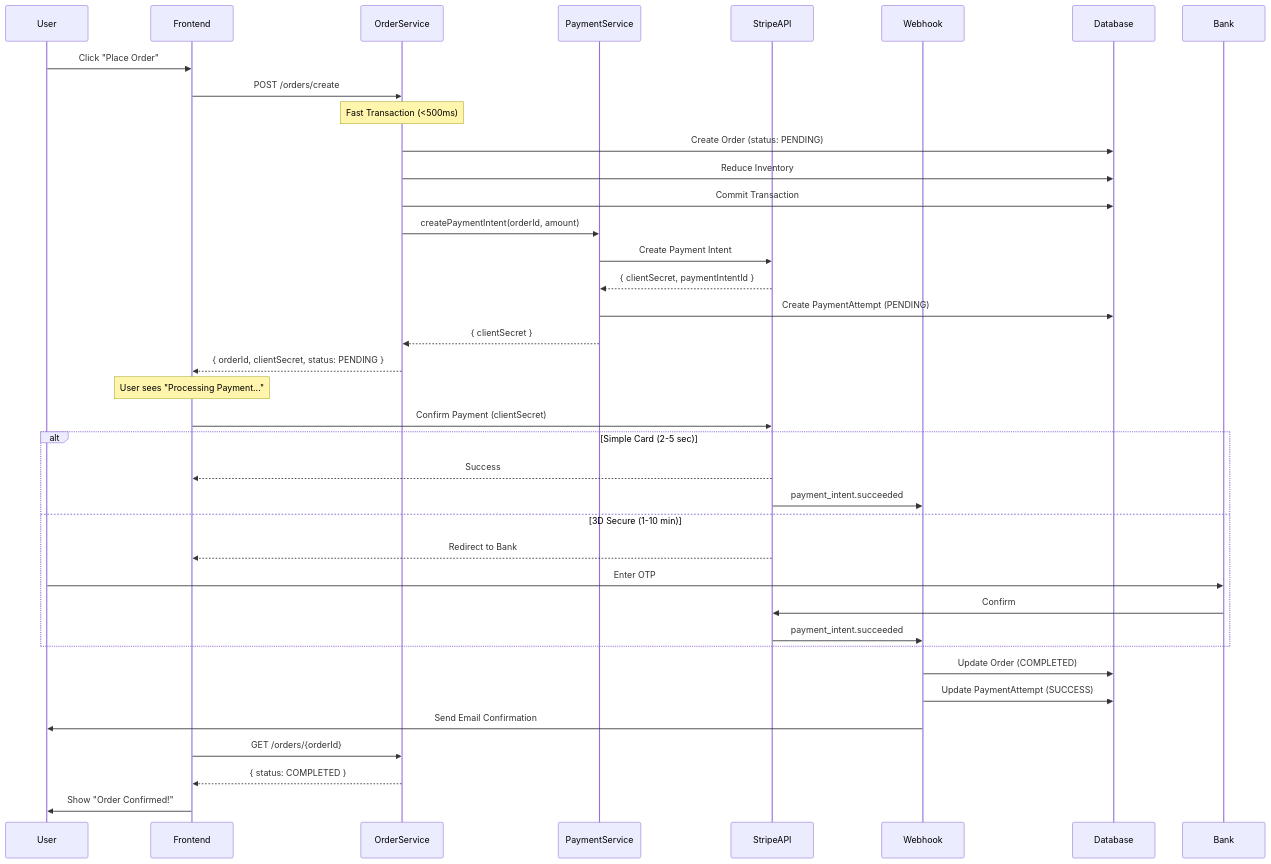
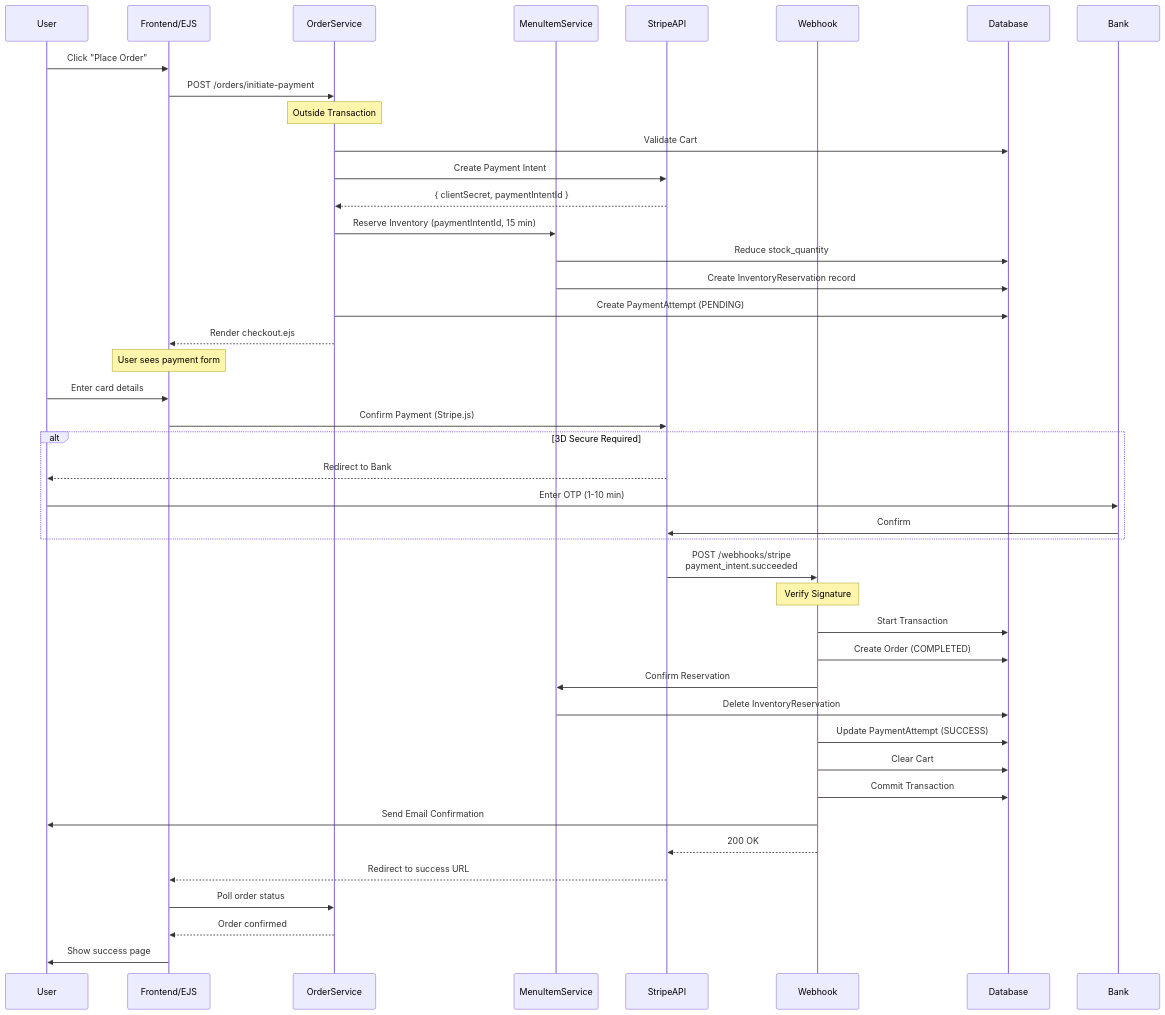
The second of 2 diagrams in docs/payment_gateway_design.md (RedaAwwad/Food-Delivery), drawn with Mermaid before and after one commit. The commit also changed other lines of this file, not shown here.

Commit message:
fix payment gateway docs

````diff
--- a/docs/payment_gateway_design.md
+++ b/docs/payment_gateway_design.md
@@ -145,47 +85,55 @@
 ```mermaid
 sequenceDiagram
     participant User
-    participant Frontend
+    participant Frontend/EJS
     participant OrderService
-    participant PaymentService
+    participant MenuItemService
     participant StripeAPI
     participant Webhook
     participant Database
 
-    User->>Frontend: Click "Place Order"
-    Frontend->>OrderService: POST /orders/create
+    User->>Frontend/EJS: Click "Place Order"
+    Frontend/EJS->>OrderService: POST /orders/initiate-payment
     
-    Note over OrderService: Fast Transaction (<500ms)
-    OrderService->>Database: Create Order (status: PENDING)
-    OrderService->>Database: Reduce Inventory
-    OrderService->>Database: Commit Transaction
+    Note over OrderService: Outside Transaction
+    OrderService->>Database: Validate Cart
     
-    OrderService->>PaymentService: createPaymentIntent(orderId, amount)
-    PaymentService->>StripeAPI: Create Payment Intent
-    StripeAPI-->>PaymentService: { clientSecret, paymentIntentId }
+    OrderService->>StripeAPI: Create Payment Intent
+    StripeAPI-->>OrderService: { clientSecret, paymentIntentId }
     
-    PaymentService->>Database: Create PaymentAttempt (PENDING)
-    PaymentService-->>OrderService: { clientSecret }
-    OrderService-->>Frontend: { orderId, clientSecret, status: PENDING }
+    OrderService->>MenuItemService: Reserve Inventory (paymentIntentId, 15 min)
+    MenuItemService->>Database: Reduce stock_quantity
+    MenuItemService->>Database: Create InventoryReservation record
     
-    Note over Frontend: User sees "Processing Payment..."
-    Frontend->>StripeAPI: Confirm Payment (clientSecret)
+    OrderService->>Database: Create PaymentAttempt (PENDING)
+    OrderService-->>Frontend/EJS: Render checkout.ejs
     
-    alt Simple Card (2-5 sec)
-        StripeAPI-->>Frontend: Success
-        StripeAPI->>Webhook: payment_intent.succeeded
-    else 3D Secure (1-10 min)
-        StripeAPI-->>Frontend: Redirect to Bank
-        User->>Bank: Enter OTP
+    Note over Frontend/EJS: User sees payment form
+    User->>Frontend/EJS: Enter card details
+    Frontend/EJS->>StripeAPI: Confirm Payment (Stripe.js)
+    
+    alt 3D Secure Required
+        StripeAPI-->>User: Redirect to Bank
+        User->>Bank: Enter OTP (1-10 min)
         Bank->>StripeAPI: Confirm
-        StripeAPI->>Webhook: payment_intent.succeeded
     end
     
-    Webhook->>Database: Update Order (COMPLETED)
+    StripeAPI->>Webhook: POST /webhooks/stripe<br/>payment_intent.succeeded
+    
+    Note over Webhook: Verify Signature
+    Webhook->>Database: Start Transaction
+    Webhook->>Database: Create Order (COMPLETED)
+    Webhook->>MenuItemService: Confirm Reservation
+    MenuItemService->>Database: Delete InventoryReservation
     Webhook->>Database: Update PaymentAttempt (SUCCESS)
+    Webhook->>Database: Clear Cart
+    Webhook->>Database: Commit Transaction
+    
     Webhook->>User: Send Email Confirmation
+    Webhook-->>StripeAPI: 200 OK
     
-    Frontend->>OrderService: GET /orders/{orderId}
-    OrderService-->>Frontend: { status: COMPLETED }
-    Frontend->>User: Show "Order Confirmed!"
+    StripeAPI-->>Frontend/EJS: Redirect to success URL
+    Frontend/EJS->>OrderService: Poll order status
+    OrderService-->>Frontend/EJS: Order confirmed
+    Frontend/EJS->>User: Show success page
 ```
````
